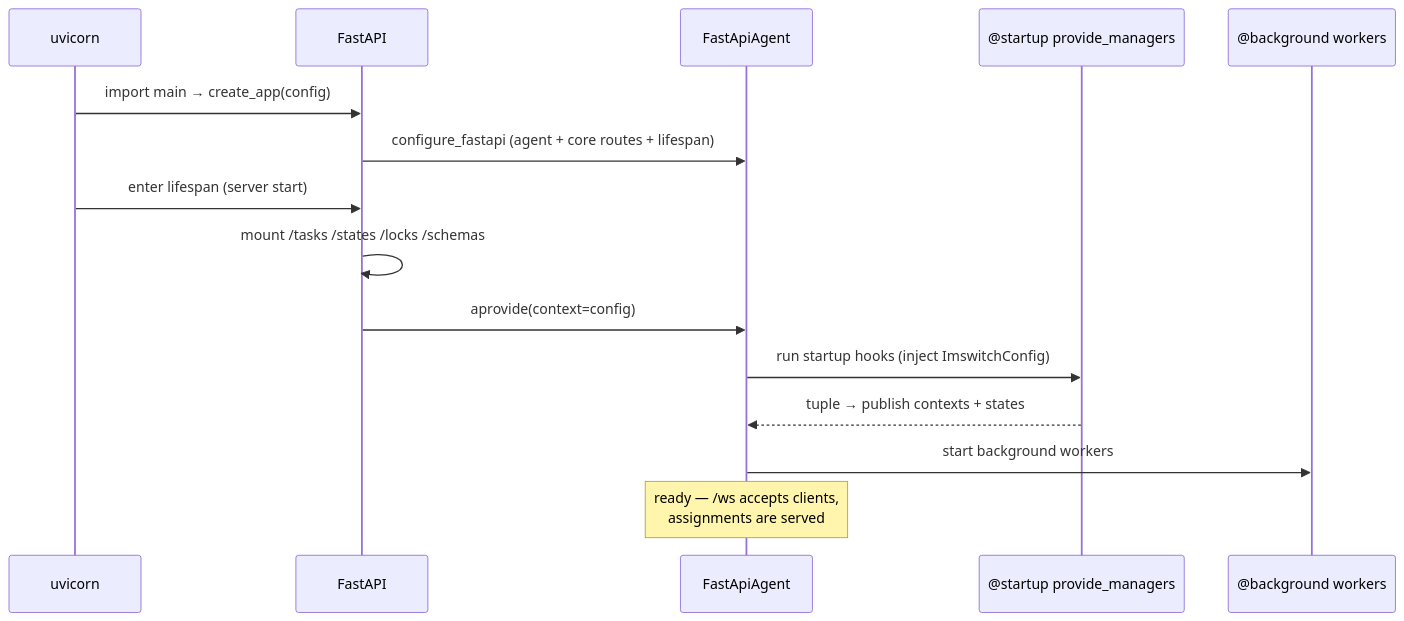
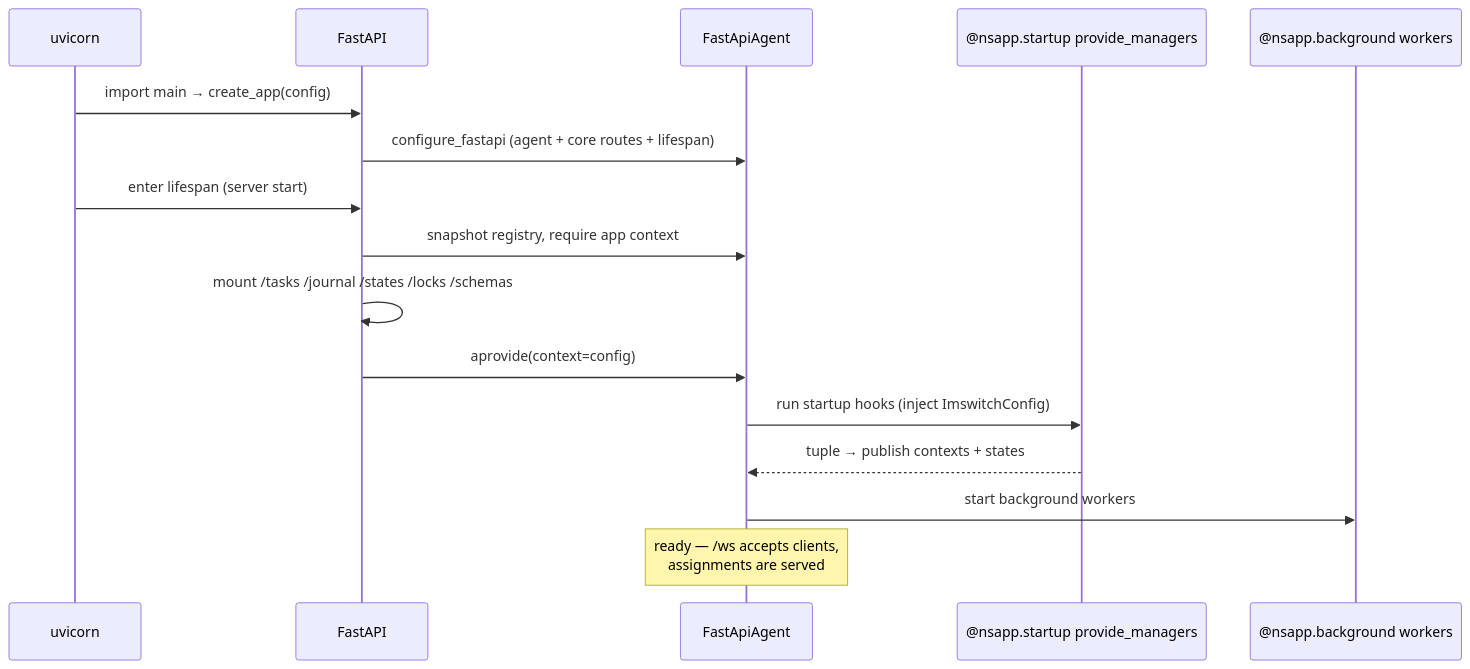
The second of 2 diagrams in docs/ARCHITECTURE.md (openUC2/newswitch), drawn with Mermaid before and after one commit. The commit also changed other lines of this file and 2 other files, not shown here.

First line of the commit message:
docs: describe the arkitekt stack in architecture and developer docs

````diff
--- a/docs/ARCHITECTURE.md
+++ b/docs/ARCHITECTURE.md
@@ -237,17 +266,18 @@
 ```mermaid
 sequenceDiagram
     participant U as uvicorn
     participant F as FastAPI
     participant A as FastApiAgent
-    participant S as @startup provide_managers
-    participant B as @background workers
+    participant S as @nsapp.startup provide_managers
+    participant B as @nsapp.background workers
     U->>F: import main → create_app(config)
     F->>A: configure_fastapi (agent + core routes + lifespan)
     U->>F: enter lifespan (server start)
-    F->>F: mount /tasks /states /locks /schemas
+    F->>A: snapshot registry, require app context
+    F->>F: mount /tasks /journal /states /locks /schemas
     F->>A: aprovide(context=config)
     A->>S: run startup hooks (inject ImswitchConfig)
     S-->>A: tuple → publish contexts + states
     A->>B: start background workers
     Note over A: ready — /ws accepts clients,<br/>assignments are served
 ```
````
